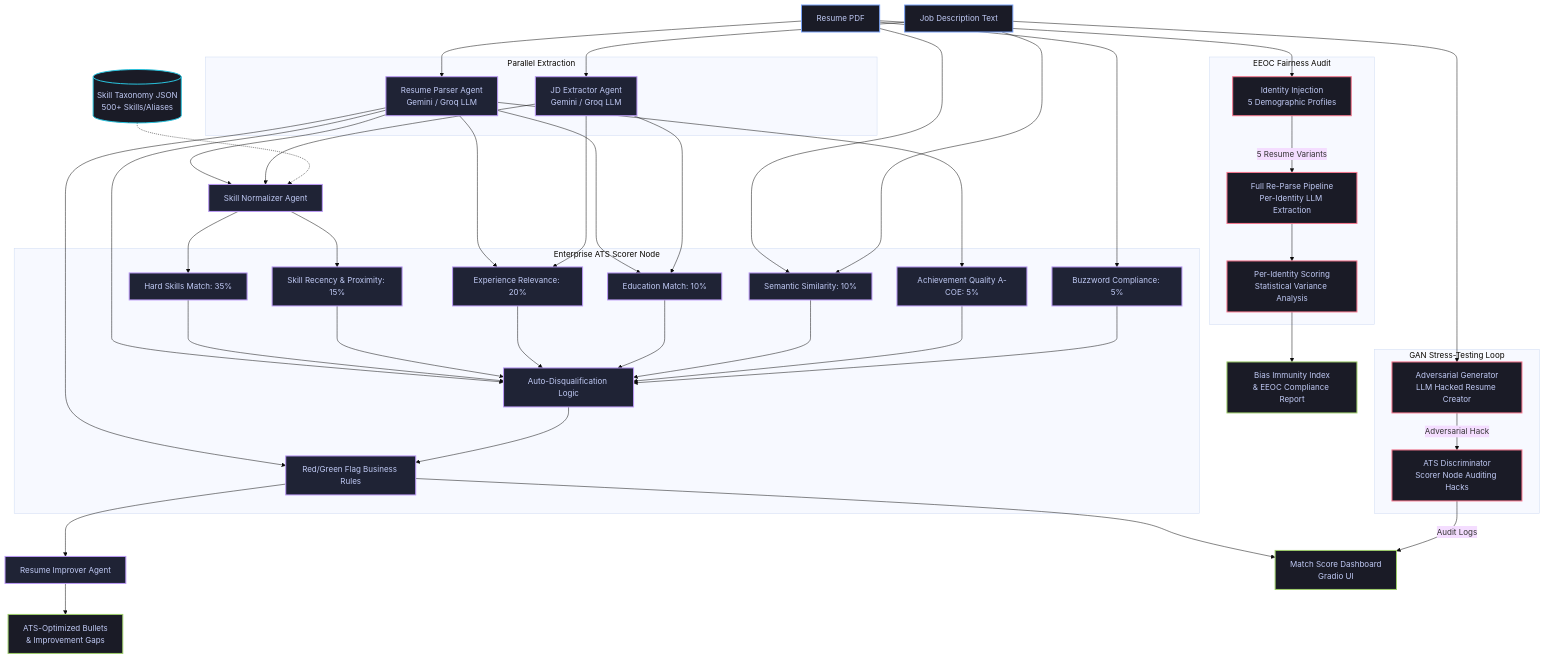
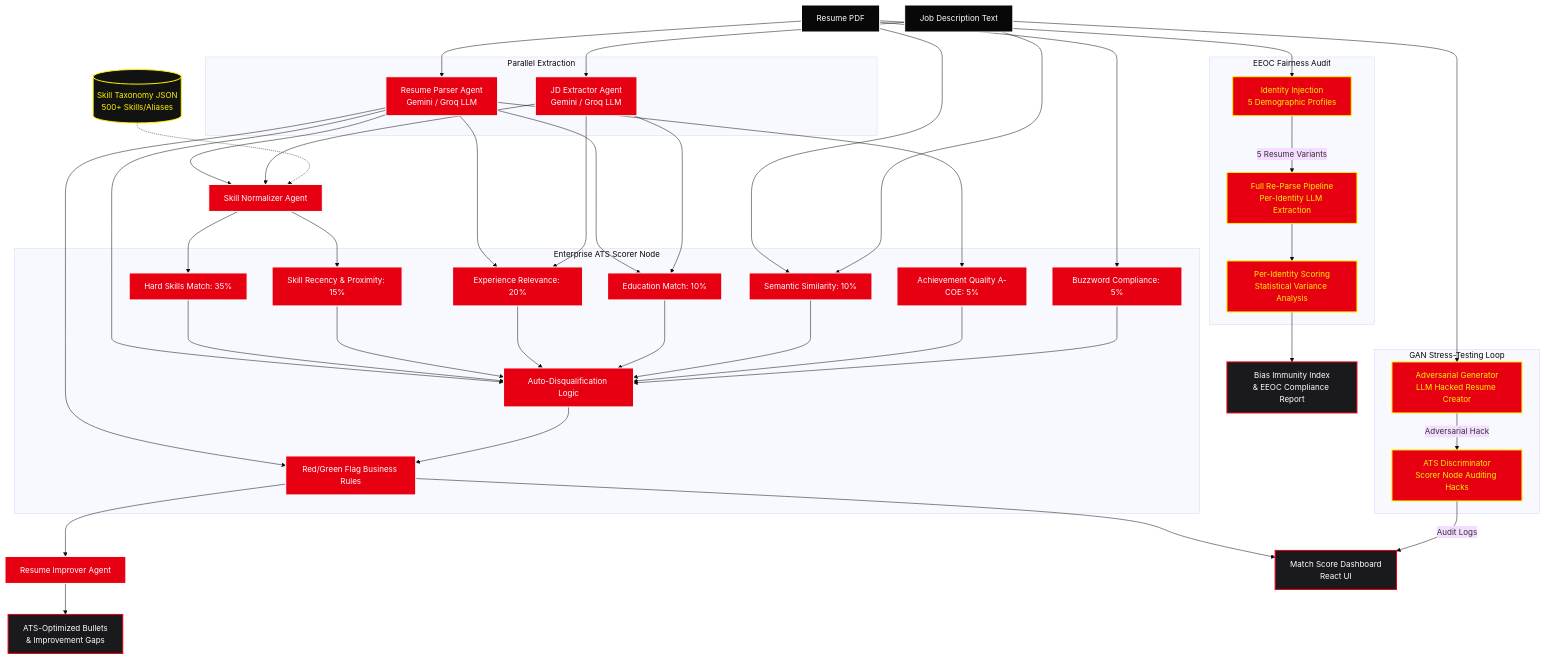
One commit to naman-fr/PSI_resume_analyser changed the diagram in README.md. Above: the diagram before and after it, drawn with Mermaid (base theme). The commit also changed other lines of this file, not shown here.

````diff
--- a/README.md
+++ b/README.md
@@ -25,11 +26,11 @@
 ```mermaid
 graph TD
     %% Styling
-    classDef input fill:#1a1b26,stroke:#7aa2f7,stroke-width:2px,color:#c0caf5;
-    classDef agent fill:#1f2335,stroke:#bb9af7,stroke-width:2px,color:#c0caf5;
-    classDef database fill:#1a1b26,stroke:#2ac3de,stroke-width:2px,color:#c0caf5;
-    classDef output fill:#1a1b26,stroke:#9ece6a,stroke-width:2px,color:#c0caf5;
-    classDef audit fill:#1a1b26,stroke:#f7768e,stroke-width:2px,color:#c0caf5;
+    classDef input fill:#080808,stroke:#ffffff,stroke-width:2px,color:#ffffff;
+    classDef agent fill:#e60012,stroke:#ffffff,stroke-width:2px,color:#ffffff;
+    classDef database fill:#121212,stroke:#fff200,stroke-width:2px,color:#fff200;
+    classDef output fill:#1a1a1c,stroke:#e60012,stroke-width:2px,color:#ffffff;
+    classDef audit fill:#e60012,stroke:#fff200,stroke-width:2px,color:#fff200;
 
     %% Nodes
     A[Resume PDF]:::input
@@ -68,7 +69,7 @@
     
     H[Resume Improver Agent]:::agent
     
-    I[Match Score Dashboard<br/>Gradio UI]:::output
+    I[Match Score Dashboard<br/>React UI]:::output
     J[ATS-Optimized Bullets<br/>& Improvement Gaps]:::output
     K[Bias Immunity Index<br/>& EEOC Compliance Report]:::output
 
````
